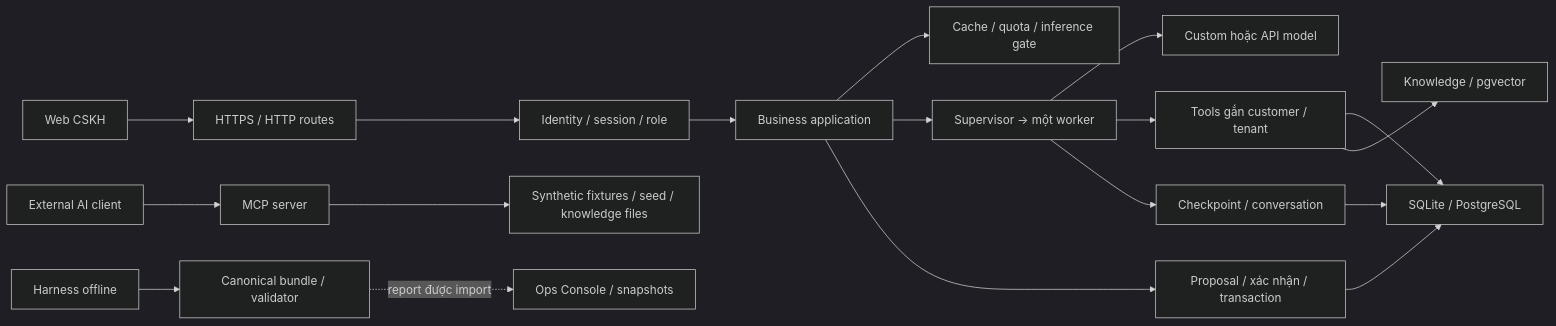
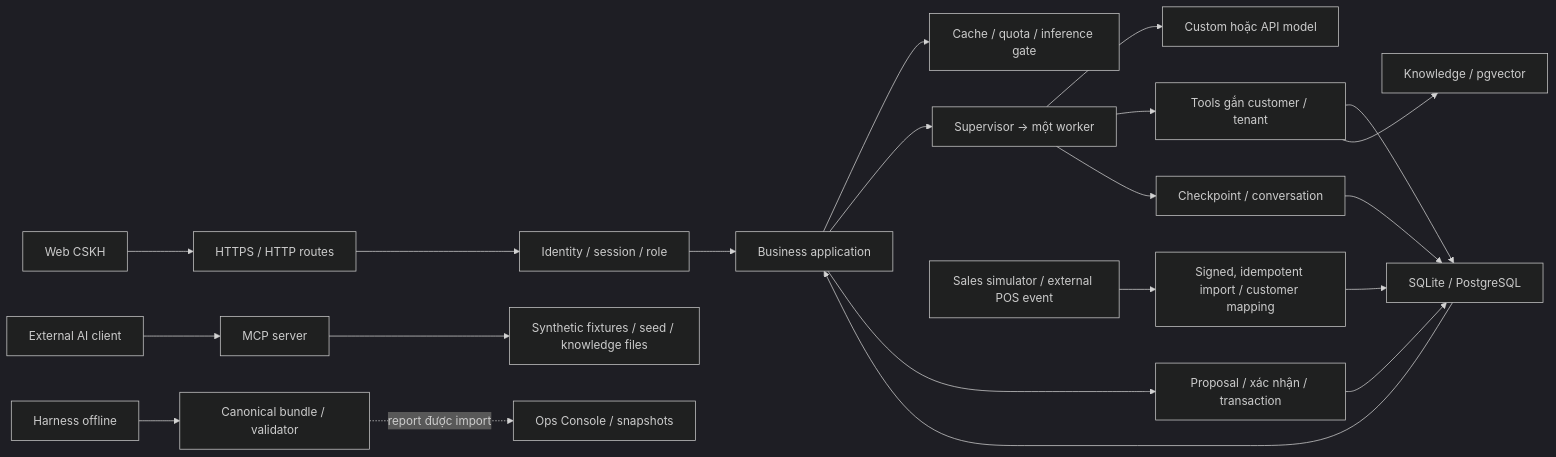
One commit to tuteemovaixlong/CSKH_ban_le changed the diagram in docs/00_OVERVIEW/CODEBASE_MAP.md. Above: the diagram before and after it, drawn with Mermaid (dark theme). The commit also changed other lines of this file and 52 other files, not shown here.

````diff
--- a/docs/00_OVERVIEW/CODEBASE_MAP.md
+++ b/docs/00_OVERVIEW/CODEBASE_MAP.md
@@ -25,20 +25,23 @@
 ```mermaid
 flowchart LR
     WEB["Web CSKH"] --> HTTP["HTTPS / HTTP routes"]
     HTTP --> ID["Identity / session / role"]
     ID --> APP["Business application"]
     APP --> CACHE["Cache / quota / inference gate"]
     APP --> GRAPH["Supervisor → một worker"]
     GRAPH --> MODEL["Custom hoặc API model"]
     GRAPH --> TOOLS["Tools gắn customer / tenant"]
     APP --> TX["Proposal / xác nhận / transaction"]
     TX --> DB["SQLite / PostgreSQL"]
     TOOLS --> DB
     TOOLS --> RAG["Knowledge / pgvector"]
     GRAPH --> CP["Checkpoint / conversation"]
     CP --> DB
+    POS["Sales simulator / external POS event"] --> IMPORT["Signed, idempotent import / customer mapping"]
+    IMPORT --> DB
+    DB --> APP
     EXT["External AI client"] --> MCP["MCP server"]
     MCP --> FIXTURES["Synthetic fixtures / seed / knowledge files"]
     RUN["Harness offline"] --> BUNDLE["Canonical bundle / validator"]
     BUNDLE -. "report được import" .-> OPS["Ops Console / snapshots"]
 ```
````
